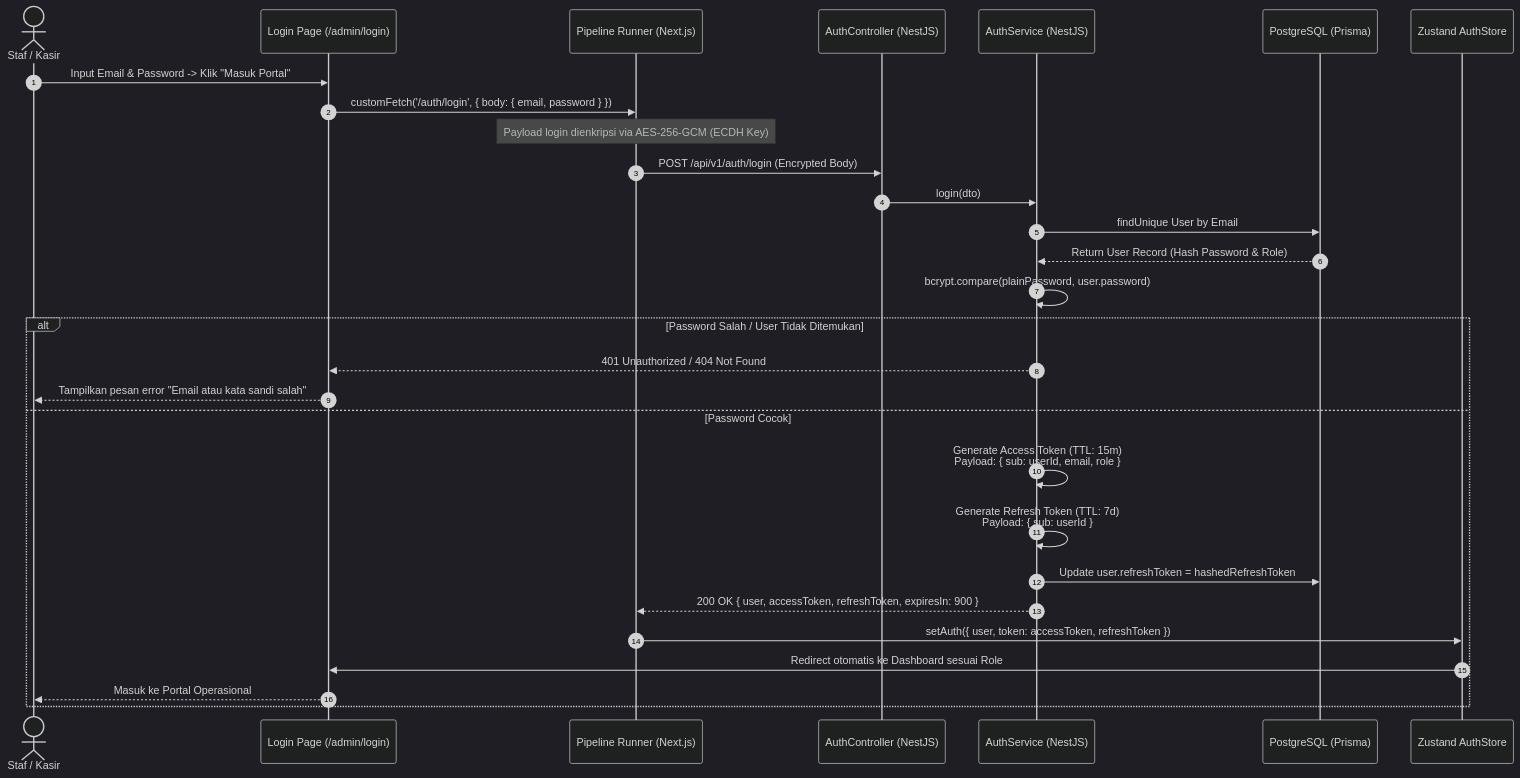
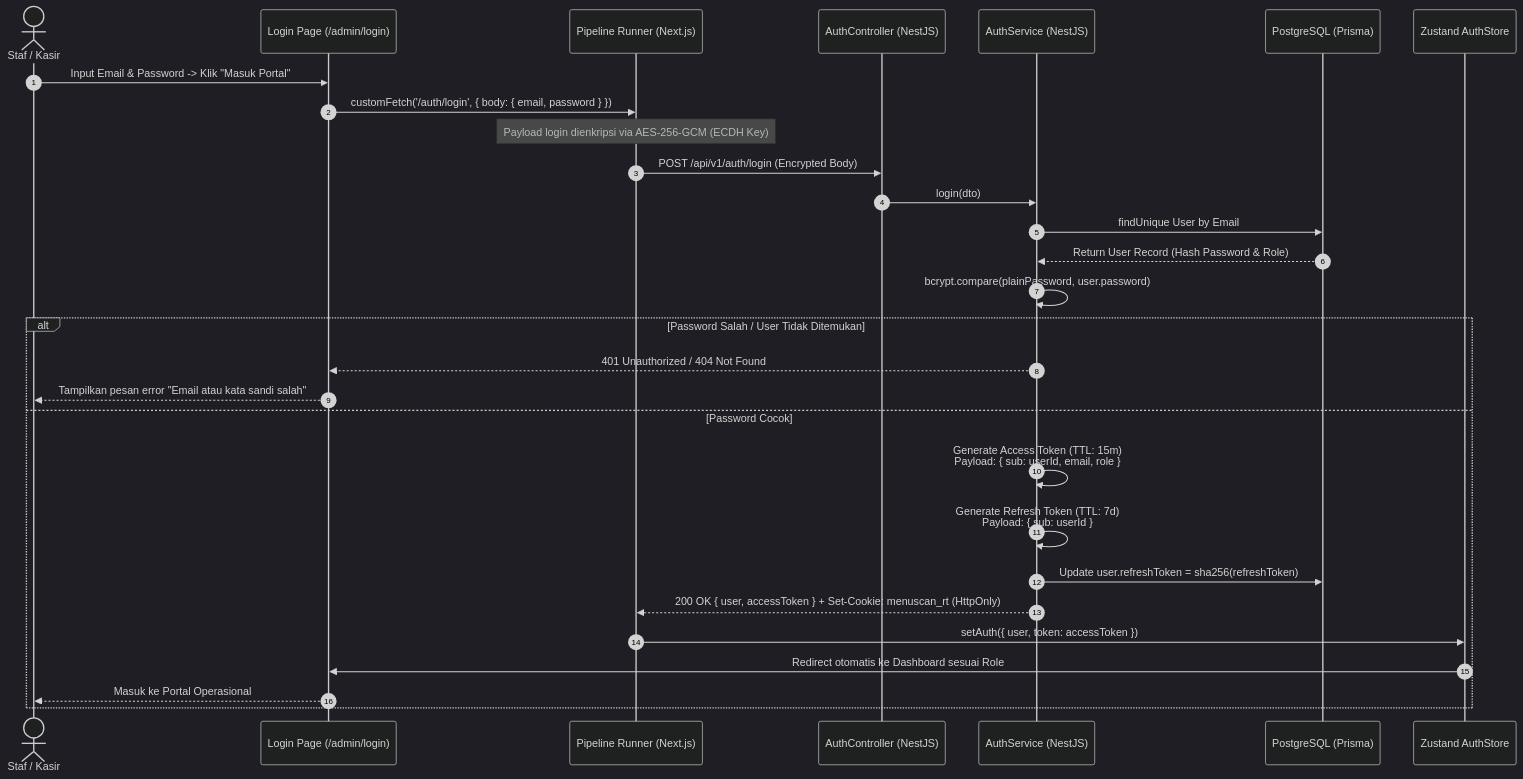
One commit to dwigunardi/be-menu-scan-latihan changed the first of 3 diagrams in docs/security/staff-login-and-token-lifecycle.md. Above: the diagram before and after it, drawn with Mermaid (dark theme). The commit also changed other lines of this file and 30 other files, not shown here.

First line of the commit message:
feat(auth): move refresh token to HttpOnly cookie

````diff
--- a/docs/security/staff-login-and-token-lifecycle.md
+++ b/docs/security/staff-login-and-token-lifecycle.md
@@ -34,36 +34,36 @@
 ```mermaid
 sequenceDiagram
     autonumber
     actor Staff as Staf / Kasir
     participant UI as Login Page (/admin/login)
     participant Pipe as Pipeline Runner (Next.js)
     participant AuthCtrl as AuthController (NestJS)
     participant AuthSvc as AuthService (NestJS)
     participant DB as PostgreSQL (Prisma)
     participant Store as Zustand AuthStore
 
     Staff->>UI: Input Email & Password -> Klik "Masuk Portal"
     UI->>Pipe: customFetch('/auth/login', { body: { email, password } })
     Note over Pipe: Payload login dienkripsi via AES-256-GCM (ECDH Key)
     Pipe->>AuthCtrl: POST /api/v1/auth/login (Encrypted Body)
     
     AuthCtrl->>AuthSvc: login(dto)
     AuthSvc->>DB: findUnique User by Email
     DB-->>AuthSvc: Return User Record (Hash Password & Role)
     
     AuthSvc->>AuthSvc: bcrypt.compare(plainPassword, user.password)
     
     alt Password Salah / User Tidak Ditemukan
         AuthSvc-->>UI: 401 Unauthorized / 404 Not Found
         UI-->>Staff: Tampilkan pesan error "Email atau kata sandi salah"
     else Password Cocok
         AuthSvc->>AuthSvc: Generate Access Token (TTL: 15m)<br/>Payload: { sub: userId, email, role }
         AuthSvc->>AuthSvc: Generate Refresh Token (TTL: 7d)<br/>Payload: { sub: userId }
-        AuthSvc->>DB: Update user.refreshToken = hashedRefreshToken
-        AuthSvc-->>Pipe: 200 OK { user, accessToken, refreshToken, expiresIn: 900 }
+        AuthSvc->>DB: Update user.refreshToken = sha256(refreshToken)
+        AuthSvc-->>Pipe: 200 OK { user, accessToken } + Set-Cookie: menuscan_rt (HttpOnly)
         
-        Pipe->>Store: setAuth({ user, token: accessToken, refreshToken })
+        Pipe->>Store: setAuth({ user, token: accessToken })
         Store->>UI: Redirect otomatis ke Dashboard sesuai Role
         UI-->>Staff: Masuk ke Portal Operasional
     end
 ```
````
